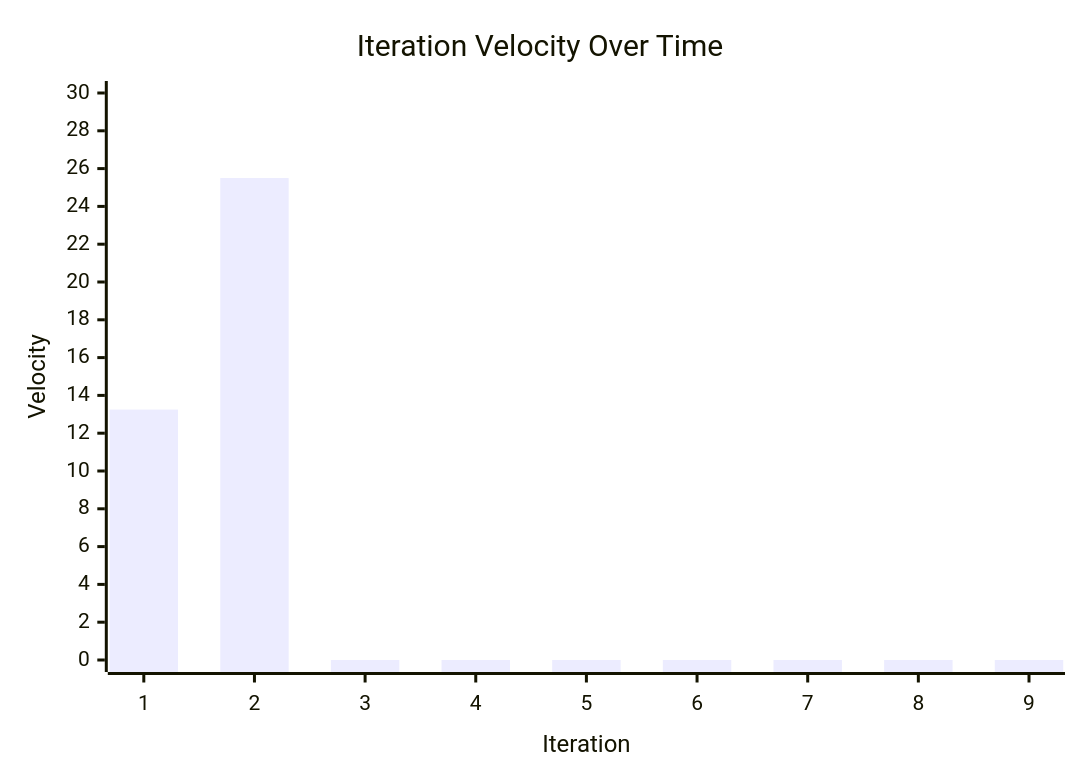
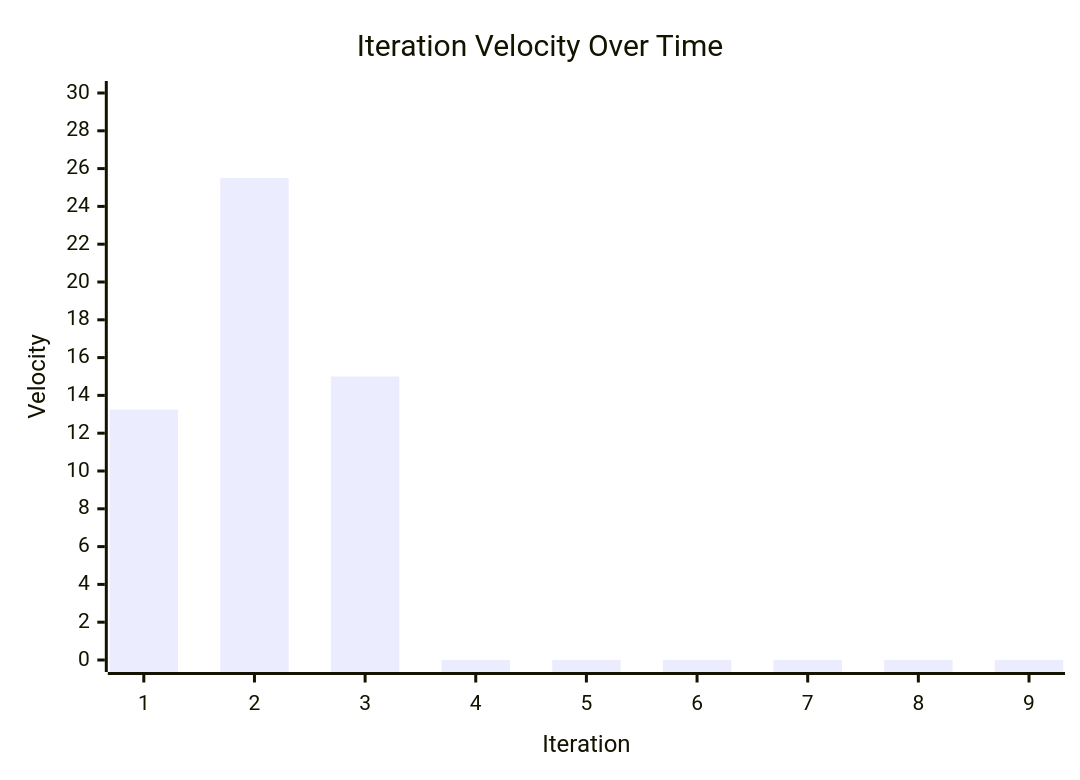
Before and after one commit to zappfish/zapp-requirements-tracker: the diagram in IterationStats.md, drawn with Mermaid. The commit also changed other lines of this file, not shown here.

````diff
--- a/IterationStats.md
+++ b/IterationStats.md
@@ -32,7 +50,7 @@
 ```mermaid
 xychart-beta
     title "Iteration Velocity Over Time"
     x-axis "Iteration" ["1", "2", "3", "4", "5", "6", "7", "8", "9"]
     y-axis "Velocity" 0 --> 30
-    bar [13.25, 25.5, 0, 0, 0, 0, 0, 0, 0]
+    bar [13.25, 25.5, 15, 0, 0, 0, 0, 0, 0]
 ```
````
